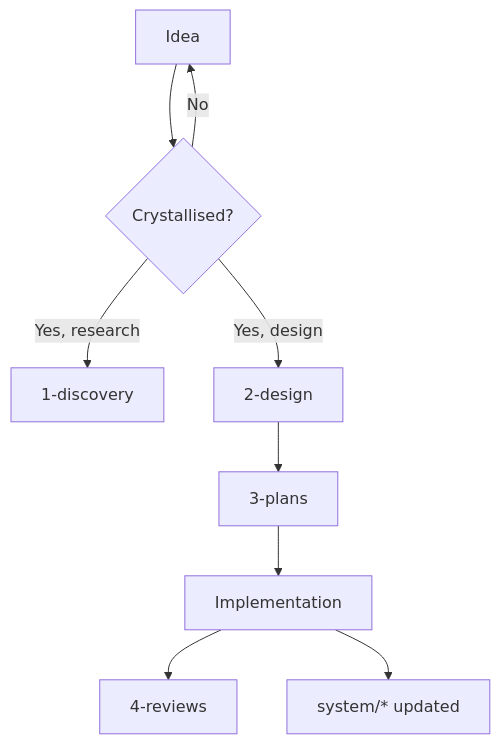
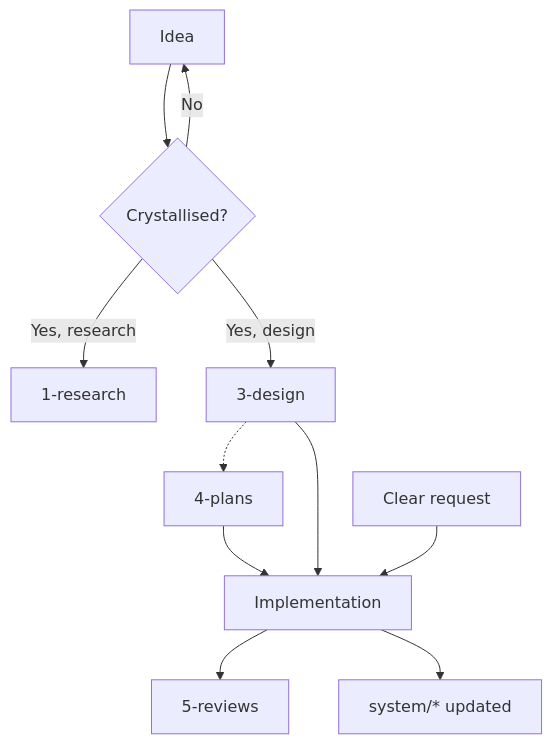
One commit to carlosboeing/agentic-toolkit changed the second of 3 diagrams in guides/guide-project-structure-and-conventions.md. Above: the diagram before and after it, drawn with Mermaid. The commit also changed other lines of this file and 56 other files, not shown here.

````diff
--- a/guides/guide-project-structure-and-conventions.md
+++ b/guides/guide-project-structure-and-conventions.md
@@ -512,11 +539,13 @@
 ```mermaid
 graph TD
     A[Idea] --> B{Crystallised?}
     B -->|No| A
-    B -->|Yes, research| C[1-discovery]
-    B -->|Yes, design| D[2-design]
-    D --> E[3-plans]
+    B -->|Yes, research| C[1-research]
+    B -->|Yes, design| D[3-design]
+    D -.-> E[4-plans]
     E --> F[Implementation]
-    F --> G[4-reviews]
+    D --> F
+    Request[Clear request] --> F
+    F --> G[5-reviews]
     F --> H[system/* updated]
 ```
````
